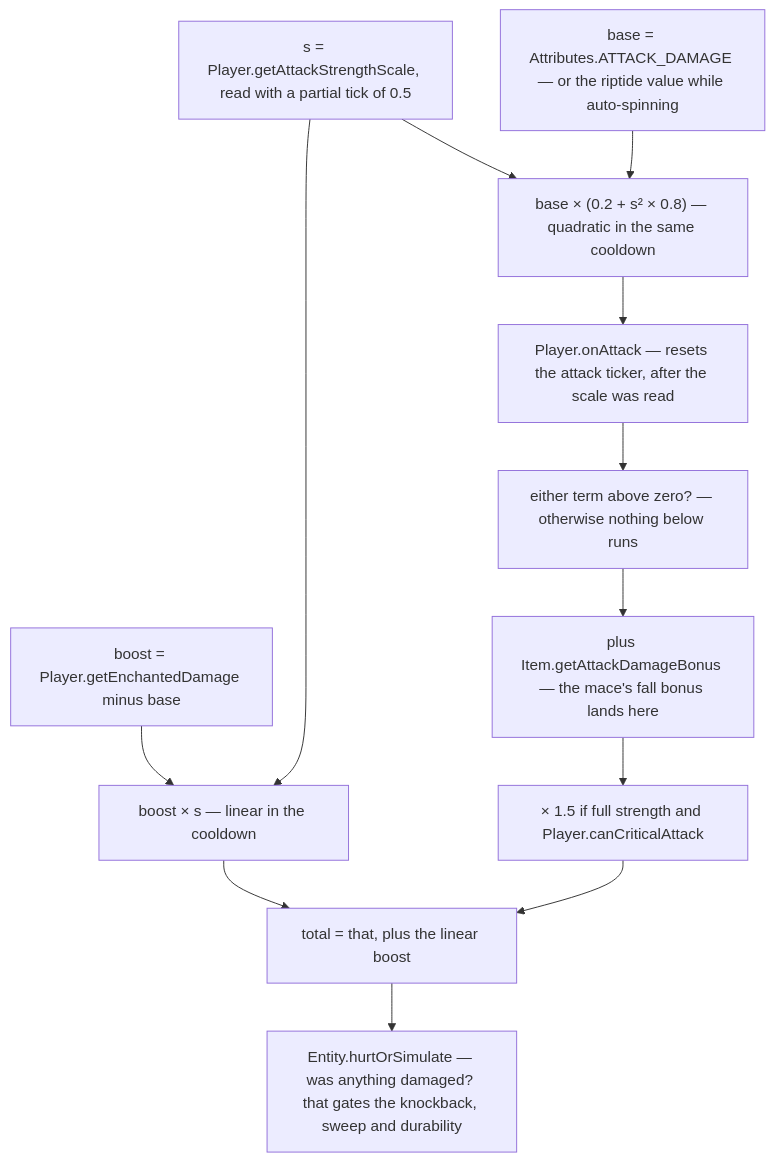
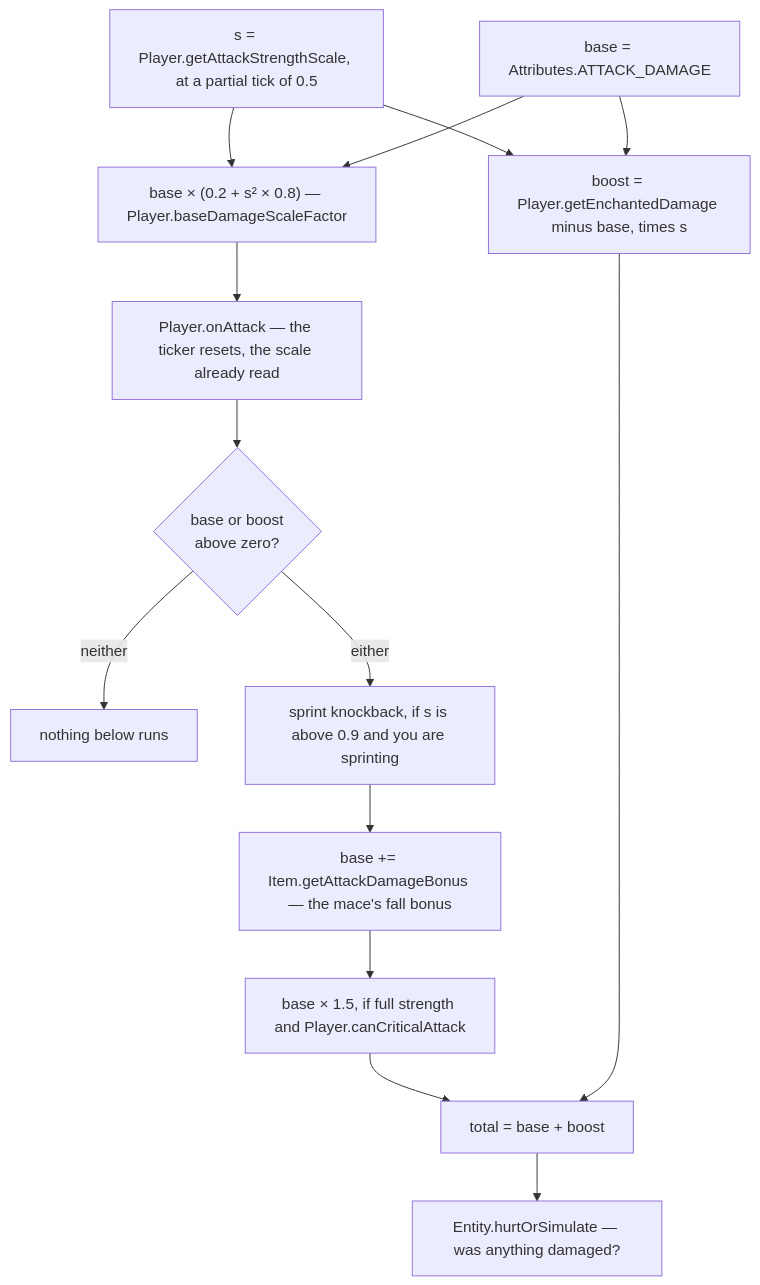
Before and after one commit to AlexanderjFraser/MinecraftDocs: the second of 2 diagrams in src/systems/player/the-sword-swing.md, drawn with Mermaid. The commit also changed other lines of this file and 12 other files, not shown here.

````diff
--- a/src/systems/player/the-sword-swing.md
+++ b/src/systems/player/the-sword-swing.md
@@ -156,25 +167,28 @@
 ```mermaid
 flowchart TD
-    S["s = Player.getAttackStrengthScale, read with a partial tick of 0.5"]
-    BASE["base = Attributes.ATTACK_DAMAGE — or the riptide value while auto-spinning"]
-    BOOST["boost = Player.getEnchantedDamage minus base"]
-    BL["boost × s — linear in the cooldown"]
-    BQ["base × (0.2 + s² × 0.8) — quadratic in the same cooldown"]
-    RESET["Player.onAttack — resets the attack ticker, after the scale was read"]
-    GATE["either term above zero? — otherwise nothing below runs"]
-    ITEM["plus Item.getAttackDamageBonus — the mace's fall bonus lands here"]
-    CRIT["× 1.5 if full strength and Player.canCriticalAttack"]
-    TOTAL["total = that, plus the linear boost"]
-    HURT["Entity.hurtOrSimulate — was anything damaged? that gates the knockback, sweep and durability"]
-    S --> BL
+    S["s = Player.getAttackStrengthScale, at a partial tick of 0.5"]
+    BASE["base = Attributes.ATTACK_DAMAGE"]
+    BOOST["boost = Player.getEnchantedDamage minus base, times s"]
+    BQ["base × (0.2 + s² × 0.8) — Player.baseDamageScaleFactor"]
+    RESET["Player.onAttack — the ticker resets, the scale already read"]
+    GATE{"base or boost<br/>above zero?"}
+    NONE["nothing below runs"]
+    KB["sprint knockback, if s is above 0.9 and you are sprinting"]
+    ITEM["base += Item.getAttackDamageBonus — the mace's fall bonus"]
+    CRIT["base × 1.5, if full strength and Player.canCriticalAttack"]
+    TOTAL["total = base + boost"]
+    HURT["Entity.hurtOrSimulate — was anything damaged?"]
+    S --> BOOST
     S --> BQ
-    BOOST --> BL
+    BASE --> BOOST
     BASE --> BQ
     BQ --> RESET
     RESET --> GATE
-    GATE --> ITEM
+    GATE -- "neither" --> NONE
+    GATE -- "either" --> KB
+    KB --> ITEM
     ITEM --> CRIT
     CRIT --> TOTAL
-    BL --> TOTAL
+    BOOST --> TOTAL
     TOTAL --> HURT
 ```
````
